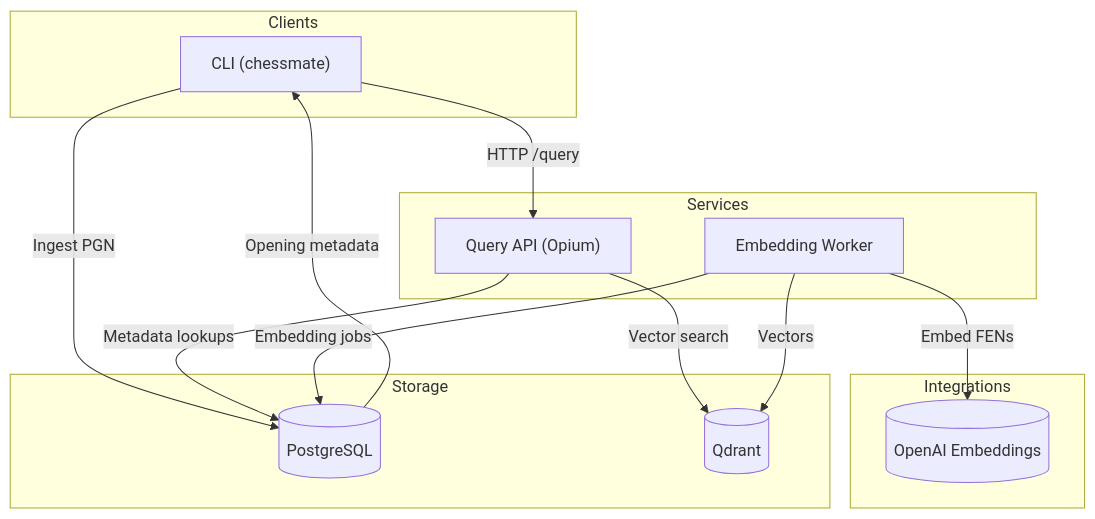
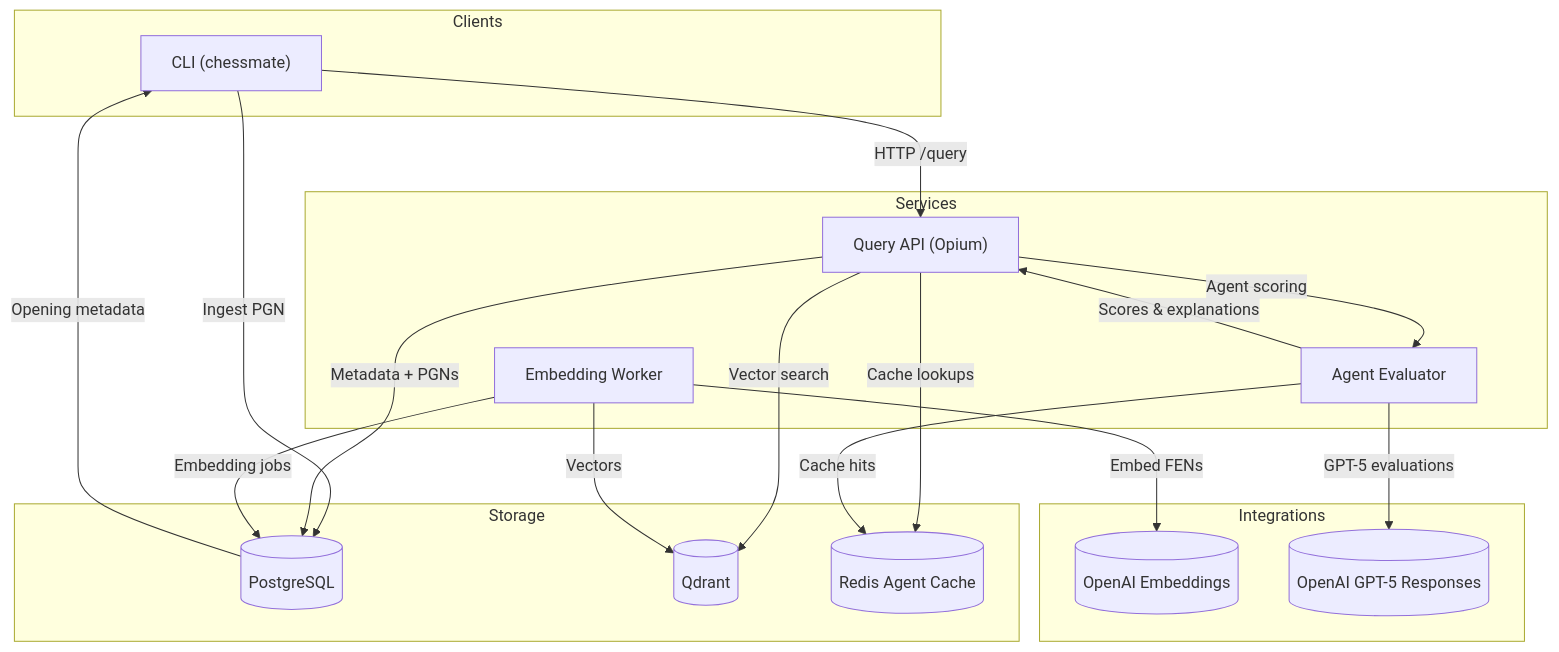
One commit to HendrikReh/chessmate changed the first of 8 diagrams in docs/ARCHITECTURE.md. Above: the diagram before and after it, drawn with Mermaid. The commit also changed other lines of this file and 9 other files, not shown here.

Commit message:
docs: refresh architecture diagrams and cross-link runbooks

````diff
--- a/docs/ARCHITECTURE.md
+++ b/docs/ARCHITECTURE.md
@@ -9,29 +16,37 @@
 ```mermaid
 flowchart TD
   subgraph Clients
     CLI["CLI (chessmate)"]
   end
 
   subgraph Services
     API["Query API (Opium)"]
+    Agent["Agent Evaluator"]
     Worker["Embedding Worker"]
   end
 
   subgraph Storage
     PG[("PostgreSQL")]
     QD[("Qdrant")]
+    Redis[("Redis Agent Cache")]
   end
 
   subgraph Integrations
-    OpenAI[("OpenAI Embeddings")]
+    OpenAIEmb[("OpenAI Embeddings")]
+    OpenAIGPT[("OpenAI GPT-5 Responses")]
   end
 
   CLI -->|"HTTP /query"| API
   CLI -->|"Ingest PGN"| PG
-  API -->|"Metadata lookups"| PG
+  API -->|"Metadata + PGNs"| PG
   API -->|"Vector search"| QD
+  API -->|"Cache lookups"| Redis
+  API -->|"Agent scoring"| Agent
+  Agent -->|"Cache hits"| Redis
+  Agent -->|"GPT-5 evaluations"| OpenAIGPT
+  Agent -->|"Scores & explanations"| API
   Worker -->|"Embedding jobs"| PG
   Worker -->|"Vectors"| QD
-  Worker -->|"Embed FENs"| OpenAI
+  Worker -->|"Embed FENs"| OpenAIEmb
   PG -->|"Opening metadata"| CLI
 ```
````
